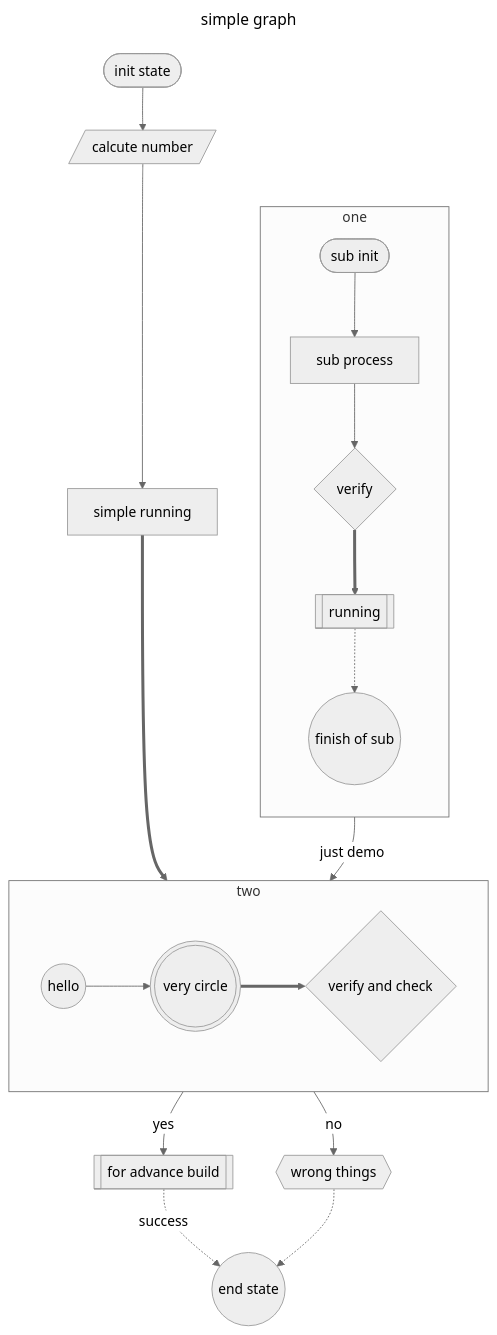
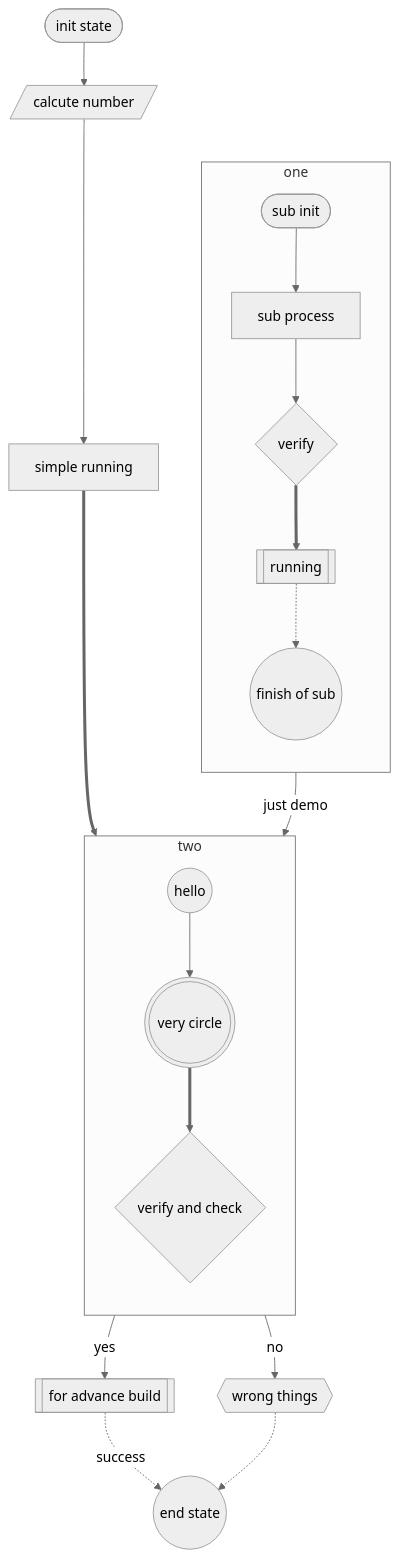
One commit to NAVERON/naveron.github.io changed the first of 12 diagrams in docs/blog/mermaid.md. Above: the diagram before and after it, drawn with Mermaid (neutral theme). The commit also changed 3 other files, not shown here.

````diff
--- a/docs/blog/mermaid.md
+++ b/docs/blog/mermaid.md
@@ -20,45 +20,40 @@
 ```mermaid
----
-    title: simple graph
----
-
 flowchart TB
-    %% standard normal flow chart graph, also flowchart
     init(["init state"]) 
     calcute[/"calcute number"/]
     running["simple running"]
     check{"verify and check"}
     process[["for advance build"]]
     error{{"wrong things"}}
     ends(("end state"))
 
     sub_init(["sub init"])
     sub_task["sub process"]
     sub_check{"verify"}
     sub_normal_running[[running]]
     sub_finish(("finish of sub"))
 
     mini_init(("hello"))
     working((("very circle")))
 
     init --> calcute
     calcute --> running
     running ==> check
     check -- yes --> process
     check -- no --> error
     process -.success.-> ends
     error -.-> ends
     
     subgraph one
         direction TB
         sub_init --> sub_task --> sub_check ==> sub_normal_running -.-> sub_finish
     end
     
     subgraph two
-        direction LR
+        direction TB
         mini_init --> working
         working ==> check
     end
     
     one -- just demo --> two
 ```
````
